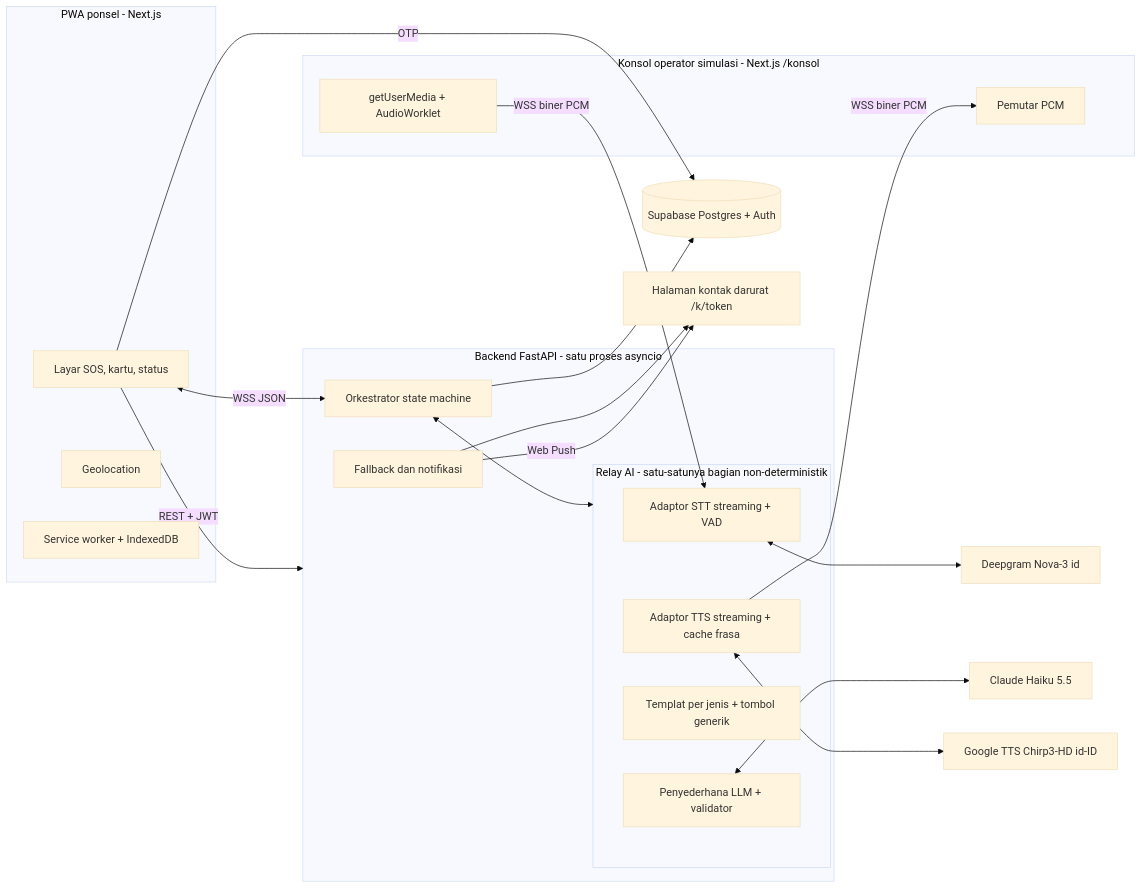
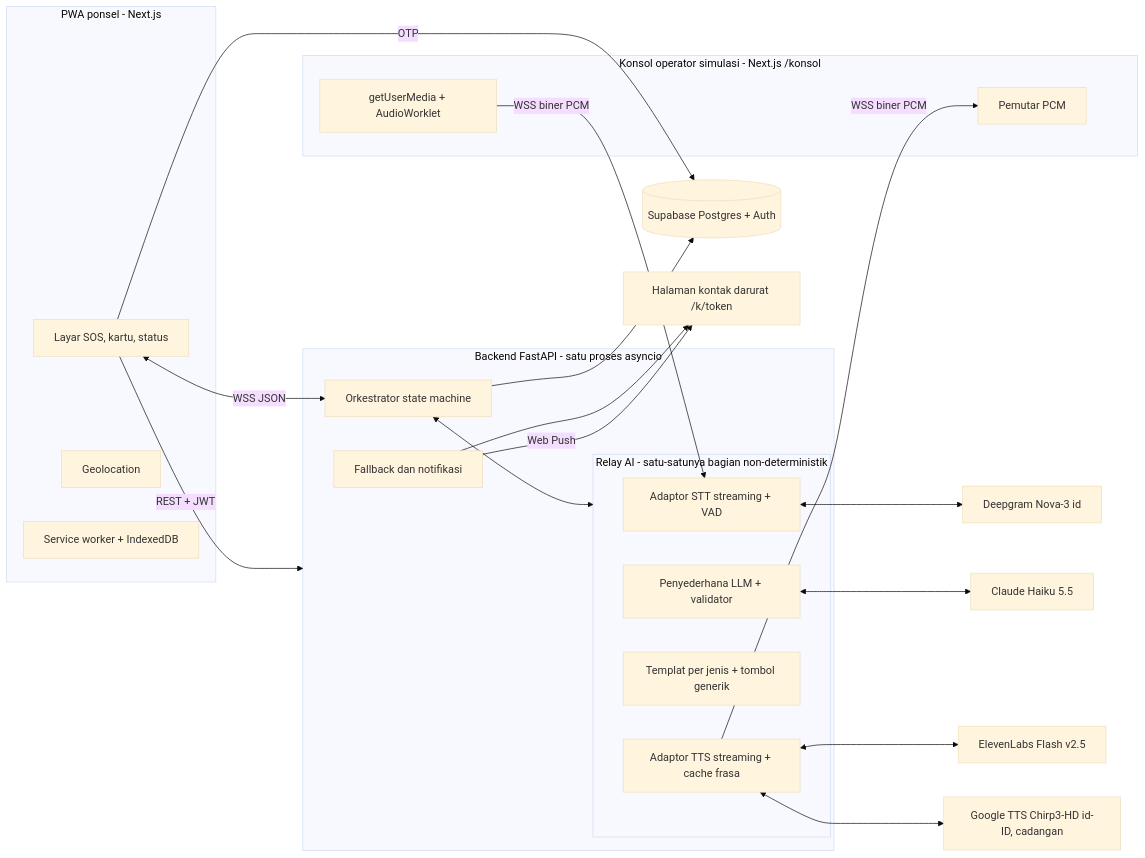
The first of 2 diagrams in README.md (Faiz7557/IRIS-Inception), drawn with Mermaid (base theme) before and after one commit. The commit also changed other lines of this file and 7 other files, not shown here.

First line of the commit message:
TTS: ElevenLabs sebagai penyedia utama, Google dan cache frasa jadi cadangan

````diff
--- a/README.md
+++ b/README.md
@@ -37,40 +37,42 @@
 ```mermaid
 flowchart LR
   subgraph HP[PWA ponsel - Next.js]
     UI[Layar SOS, kartu, status]
     GPS[Geolocation]
     SW[Service worker + IndexedDB]
   end
   subgraph KONSOL[Konsol operator simulasi - Next.js /konsol]
     MIC[getUserMedia + AudioWorklet]
     SPK[Pemutar PCM]
   end
   subgraph API[Backend FastAPI - satu proses asyncio]
     ORK[Orkestrator state machine]
     FB[Fallback dan notifikasi]
     subgraph RELAY[Relay AI - satu-satunya bagian non-deterministik]
       STT[Adaptor STT streaming + VAD]
       LLM[Penyederhana LLM + validator]
       RULE[Templat per jenis + tombol generik]
       TTS[Adaptor TTS streaming + cache frasa]
     end
   end
   DB[(Supabase Postgres + Auth)]
   DG[Deepgram Nova-3 id]
   CL[Claude Haiku 5.5]
-  GT[Google TTS Chirp3-HD id-ID]
+  EL[ElevenLabs Flash v2.5]
+  GT[Google TTS Chirp3-HD id-ID, cadangan]
   KD[Halaman kontak darurat /k/token]
 
   UI <-- WSS JSON --> ORK
   MIC -- WSS biner PCM --> STT
   TTS -- WSS biner PCM --> SPK
   ORK <--> RELAY
   STT <--> DG
   LLM <--> CL
+  TTS <--> EL
   TTS <--> GT
   ORK --> DB
   FB --> KD
   FB -- Web Push --> KD
   UI -- REST + JWT --> API
   UI -- OTP --> DB
 ```
````
